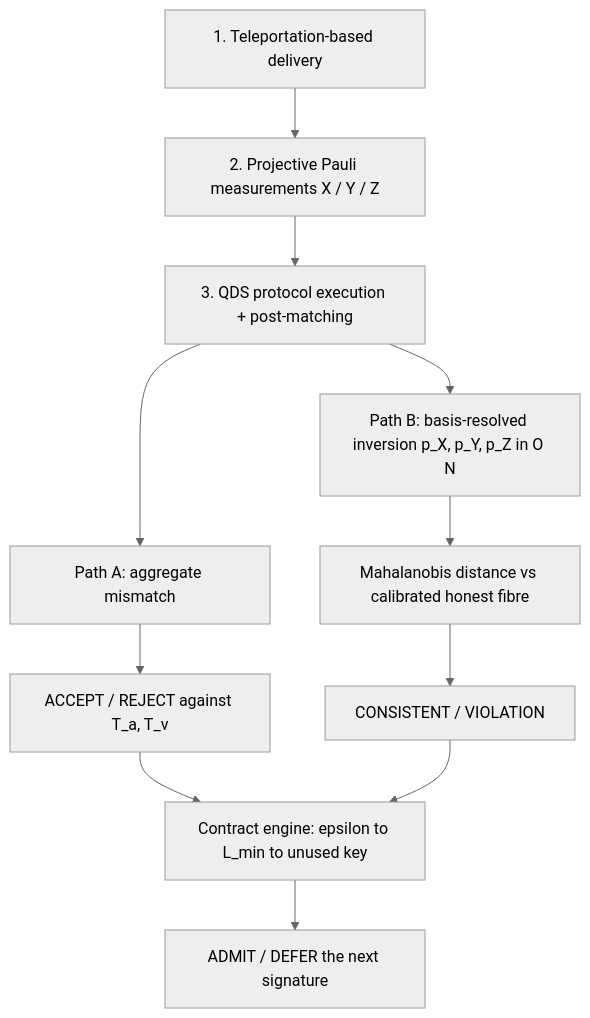
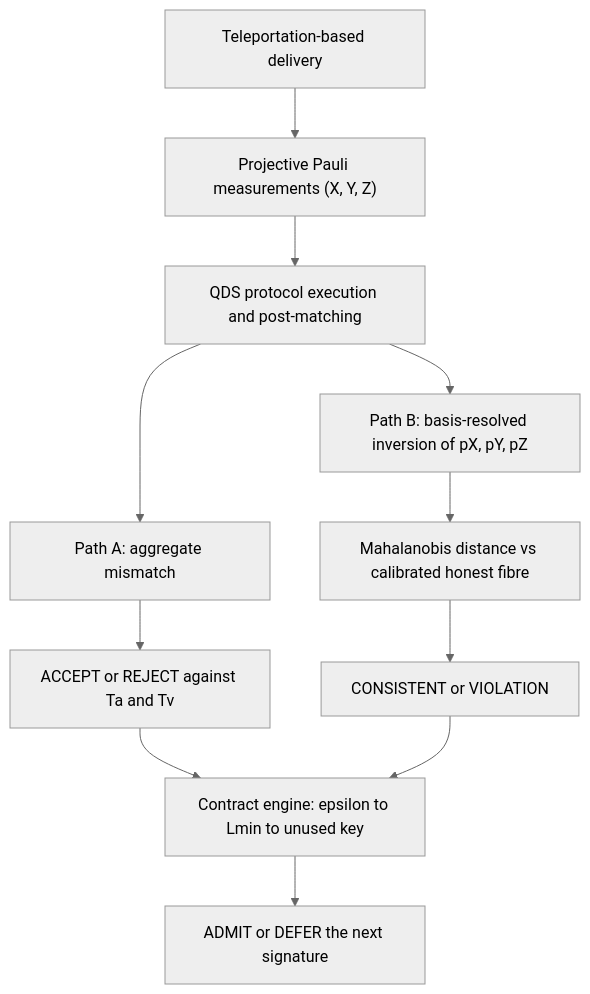
Before and after one commit to Gutsmaster/Q-detect: the diagram in README.md, drawn with Mermaid (neutral theme). The commit also changed other lines of this file, not shown here.

````diff
--- a/README.md
+++ b/README.md
@@ -59,13 +57,13 @@
 ```mermaid
 graph TD
-    A[1. Teleportation-based delivery] --> B[2. Projective Pauli measurements X / Y / Z]
-    B --> C[3. QDS protocol execution + post-matching]
-    C --> D[Path A: aggregate mismatch]
-    D --> E[ACCEPT / REJECT against T_a, T_v]
-    C --> F[Path B: basis-resolved inversion p_X, p_Y, p_Z in O N]
-    F --> G[Mahalanobis distance vs calibrated honest fibre]
-    G --> H[CONSISTENT / VIOLATION]
-    E --> I[Contract engine: epsilon to L_min to unused key]
+    A["Teleportation-based delivery"] --> B["Projective Pauli measurements (X, Y, Z)"]
+    B --> C["QDS protocol execution and post-matching"]
+    C --> D["Path A: aggregate mismatch"]
+    D --> E["ACCEPT or REJECT against Ta and Tv"]
+    C --> F["Path B: basis-resolved inversion of pX, pY, pZ"]
+    F --> G["Mahalanobis distance vs calibrated honest fibre"]
+    G --> H["CONSISTENT or VIOLATION"]
+    E --> I["Contract engine: epsilon to Lmin to unused key"]
     H --> I
-    I --> J[ADMIT / DEFER the next signature]
+    I --> J["ADMIT or DEFER the next signature"]
 ```
````
